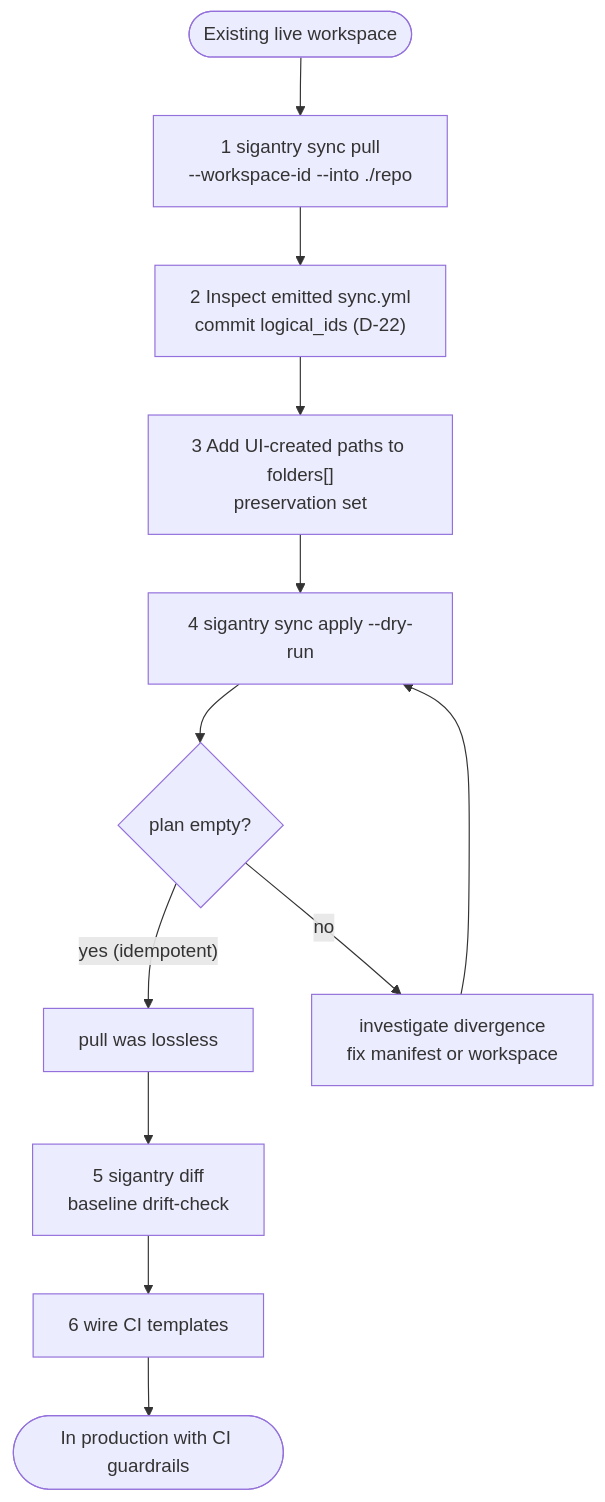
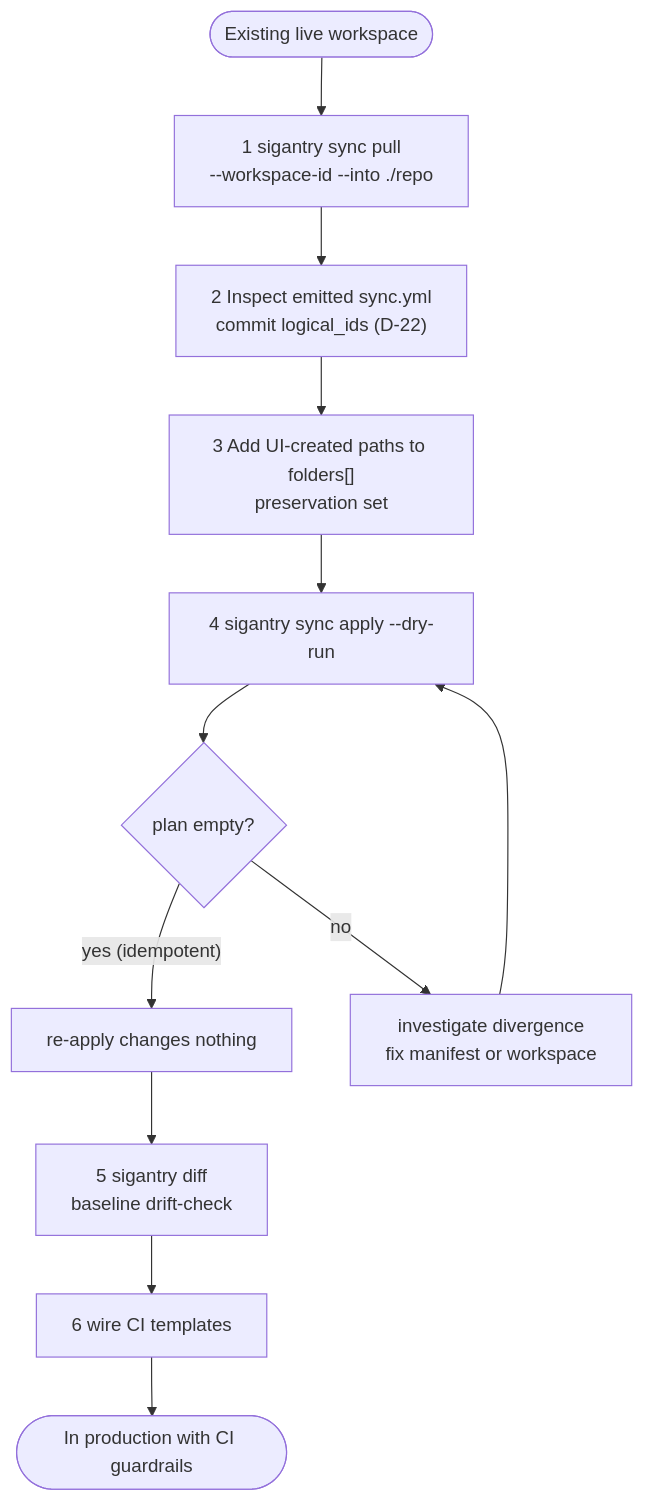
The ninth of 9 diagrams in docs/CAPABILITIES.md (Bralabee/sigantry), drawn with Mermaid before and after one commit. The commit also changed other lines of this file and 39 other files, not shown here.

````diff
--- a/docs/CAPABILITIES.md
+++ b/docs/CAPABILITIES.md
@@ -709,14 +709,14 @@
 ```mermaid
 flowchart TD
     START([Existing live workspace]) --> A["1 sigantry sync pull<br/>--workspace-id <id> --into ./repo"]
     A --> B["2 Inspect emitted sync.yml<br/>commit logical_ids (D-22)"]
     B --> C["3 Add UI-created paths to folders[]<br/>preservation set"]
     C --> D["4 sigantry sync apply --dry-run"]
     D --> E{"plan empty?"}
-    E -->|"yes (idempotent)"| F["pull was lossless"]
+    E -->|"yes (idempotent)"| F["re-apply changes nothing"]
     E -->|"no"| G["investigate divergence<br/>fix manifest or workspace"]
     G --> D
     F --> H["5 sigantry diff<br/>baseline drift-check"]
     H --> I["6 wire CI templates"]
     I --> END([In production with CI guardrails])
 ```
````
